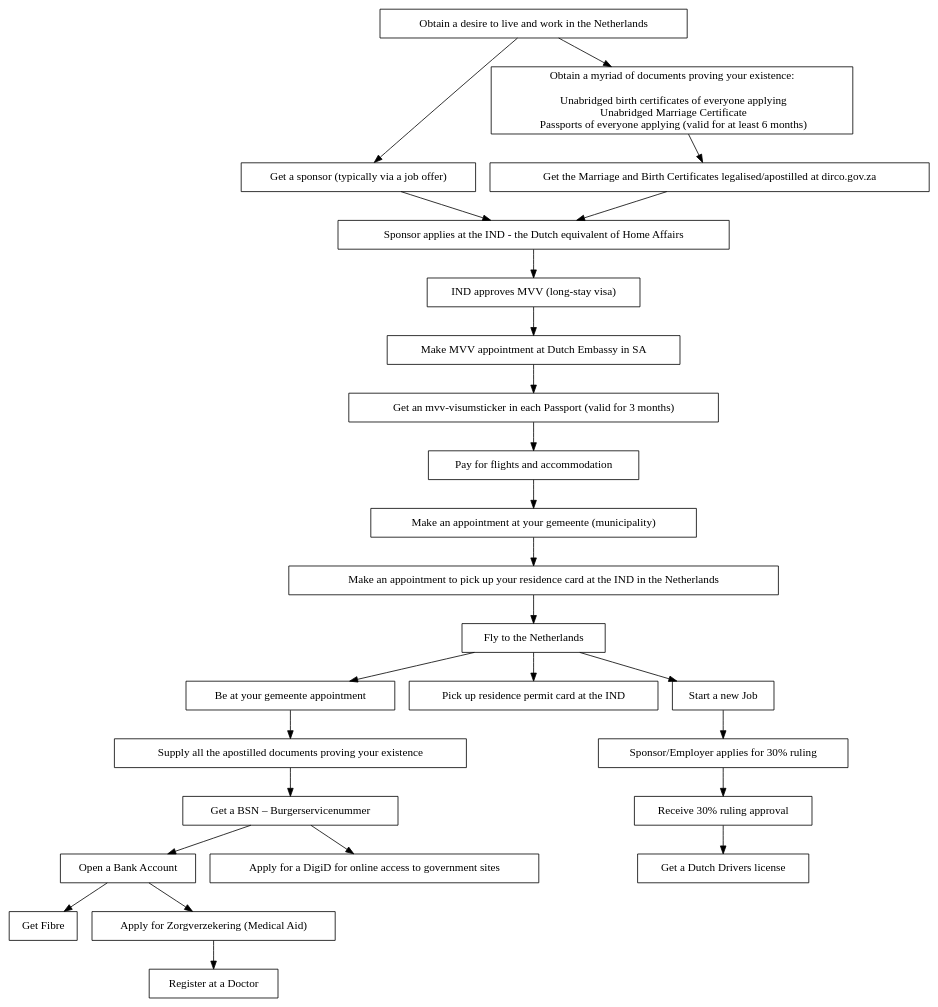
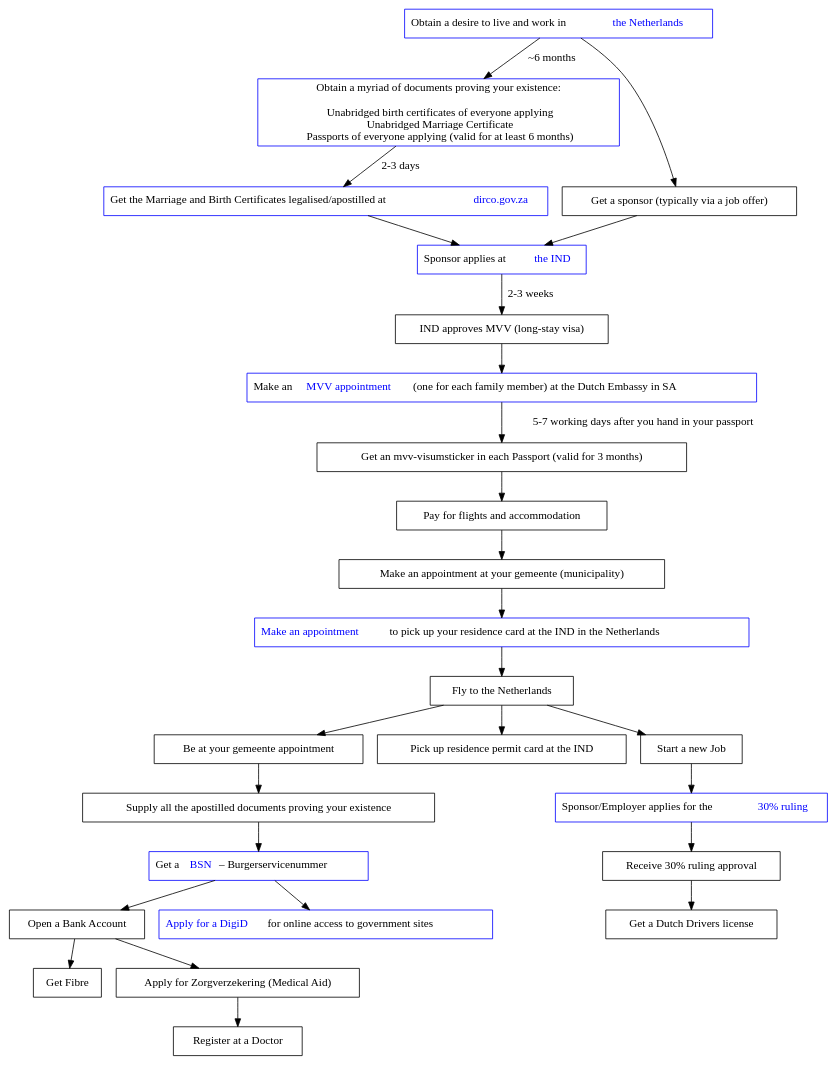
One commit to apauley/destination-nl changed the diagram in za2nl.dot. Above: the diagram before and after it, drawn with Graphviz. The commit also changed 1 other file, not shown here.

```diff
--- a/za2nl.dot
+++ b/za2nl.dot
@@ -1,78 +1,80 @@
 digraph {
-  splines=true;
   node [shape=box];
 
-  desire [label="Obtain a desire to live and work in the Netherlands"
-  URL="https://en.m.wikipedia.org/wiki/Netherlands"]
-
-  sponsorinit [label="Get a sponsor (typically via a job offer)"]
+  desire [label=<Obtain a desire to live and work in <font color='blue'>the Netherlands</font>>;
+  URL="https://en.m.wikipedia.org/wiki/Netherlands" color="blue"]
 
   docsind [label="Obtain a myriad of documents proving your existence:\n
   Unabridged birth certificates of everyone applying
   Unabridged Marriage Certificate
   Passports of everyone applying (valid for at least 6 months)"
 
-  URL="https://ehome.dha.gov.za/eHomeAffairs/"]
+  URL="https://ehome.dha.gov.za/eHomeAffairs/" color="blue"]
 
-  apostilled [label="Get the Marriage and Birth Certificates legalised/apostilled at dirco.gov.za"
-  URL="http://www.dirco.gov.za/consular/legalisation.htm"]
+  {rank=same
+    sponsorinit [label="Get a sponsor (typically via a job offer)"]
 
-  ind [label="Sponsor applies at the IND - the Dutch equivalent of Home Affairs" URL="https://ind.nl/"]
+    apostilled [label=<Get the Marriage and Birth Certificates legalised/apostilled at  <font color='blue'>dirco.gov.za</font>>
+    URL="http://www.dirco.gov.za/consular/legalisation.htm" color="blue"]
+  }
+
+  ind [label=<Sponsor applies at <font color='blue'>the IND</font>> URL="https://ind.nl/" color="blue"]
   mvvapproval [label="IND approves MVV (long-stay visa)"]
 
-  zadutchembassy [label="Make MVV appointment at Dutch Embassy in SA"
-  URL="https://www.netherlandsandyou.nl/your-country-and-the-netherlands/south-africa/travel-and-residence/applying-for-a-long-stay-visa-mvv"]
+  zadutchembassy [label=<Make an <font color='blue'>MVV appointment</font>  (one for each family member) at the Dutch Embassy in SA>
+  URL="https://www.netherlandsandyou.nl/your-country-and-the-netherlands/south-africa/travel-and-residence/applying-for-a-long-stay-visa-mvv"
+  color="blue"]
 
   mvvcomplete [label="Get an mvv-visumsticker in each Passport (valid for 3 months)"]
   arrangeaccom [label="Pay for flights and accommodation"]
   gemeenteafspraak1 [label="Make an appointment at your gemeente (municipality)"]
   gemeentebesoek [label="Be at your gemeente appointment"]
 
-  indnlafspraak [label="Make an appointment to pick up your residence card at the IND in the Netherlands"
-  URL="https://ind.nl/en/Pages/Appointment-to-collect-your-residence-document.aspx "]
+  indnlafspraak [label=<<font color='blue'>Make an appointment</font>  to pick up your residence card at the IND in the Netherlands>
+  URL="https://ind.nl/en/Pages/Appointment-to-collect-your-residence-document.aspx " color="blue"]
 
   gemeentedocs [label="Supply all the apostilled documents proving your existence"]
   za2nl [label="Fly to the Netherlands"]
   indresidence [label="Pick up residence permit card at the IND"]
   getfibre [label="Get Fibre"]
   startjob [label="Start a new Job"]
-  sponsor30 [label="Sponsor/Employer applies for 30% ruling"
-  URL="https://www.iamsterdam.com/en/living/take-care-of-official-matters/highly-skilled-migrants/thirty-percent-ruling"]
+  sponsor30 [label=<Sponsor/Employer applies for the <font color='blue'>30% ruling</font>>
+  URL="https://www.iamsterdam.com/en/living/take-care-of-official-matters/highly-skilled-migrants/thirty-percent-ruling" color="blue"]
 
   receive30 [label="Receive 30% ruling approval"]
 
-  bsn [label="Get a BSN – Burgerservicenummer"
-  URL="https://www.government.nl/topics/personal-data/citizen-service-number-bsn"]
+  bsn [label=<Get a <font color='blue'>BSN</font>  – Burgerservicenummer>
+  URL="https://www.government.nl/topics/personal-data/citizen-service-number-bsn" color="blue"]
 
   bankaccount [label="Open a Bank Account"]
   zorgverzekering [label="Apply for Zorgverzekering (Medical Aid)"]
   doctor [label="Register at a Doctor"]
-  digid [label="Apply for a DigiD for online access to government sites"
-  URL="https://www.digid.nl/en/apply-or-activate-digid"]
+  digid [label=<<font color='blue'>Apply for a DigiD</font>  for online access to government sites>
+  URL="https://www.digid.nl/en/apply-or-activate-digid" color="blue"]
 
-  desire -> docsind
-  docsind -> apostilled
+  desire -> docsind[label="~6 months"]
+  docsind -> apostilled[label="2-3 days"]
   apostilled -> ind
   desire -> sponsorinit
   sponsorinit -> ind
-  ind -> mvvapproval
+  ind -> mvvapproval[label="2-3 weeks"]
   mvvapproval -> zadutchembassy
-  zadutchembassy -> mvvcomplete
+  zadutchembassy -> mvvcomplete[label="5-7 working days after you hand in your passport"]
   mvvcomplete -> arrangeaccom
   arrangeaccom -> gemeenteafspraak1
   gemeenteafspraak1 -> indnlafspraak
   indnlafspraak -> za2nl
   za2nl -> indresidence
   za2nl -> gemeentebesoek
   za2nl -> startjob
   startjob -> sponsor30
   sponsor30 -> receive30
   receive30 -> "Get a Dutch Drivers license"
   gemeentebesoek -> gemeentedocs
   gemeentedocs -> bsn
   bsn -> digid
   bsn -> bankaccount
   bankaccount -> zorgverzekering
   zorgverzekering -> doctor
   bankaccount -> getfibre
 }
```
